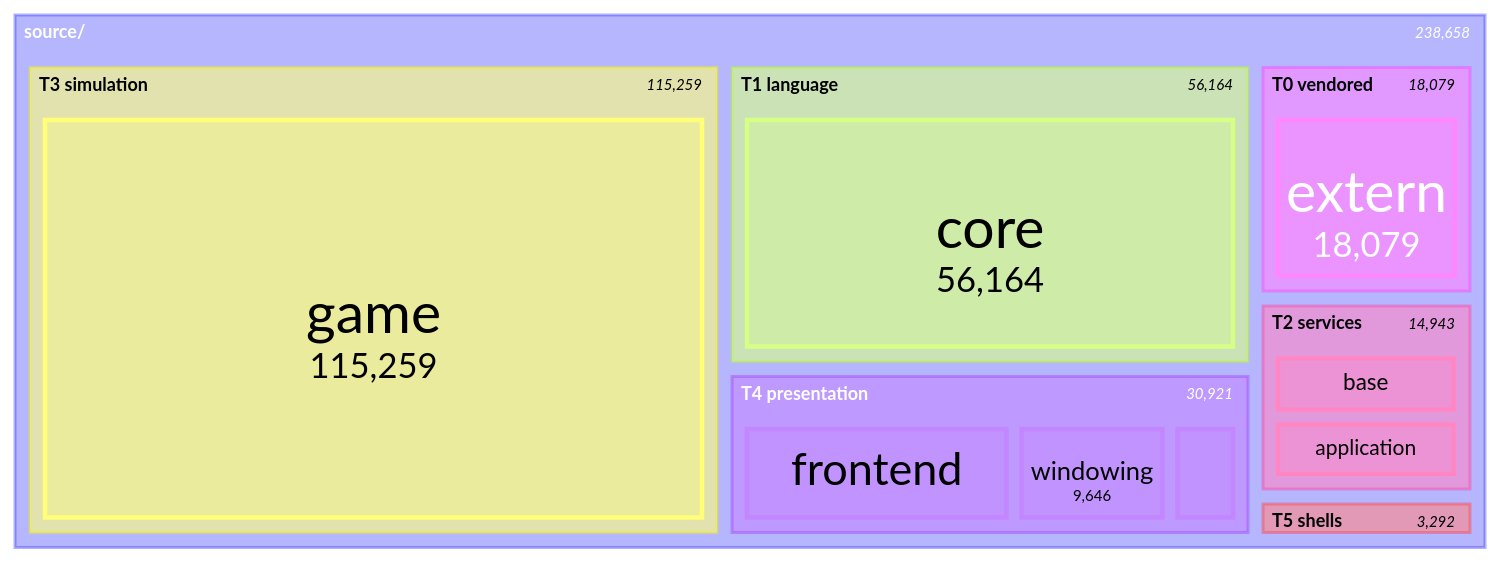
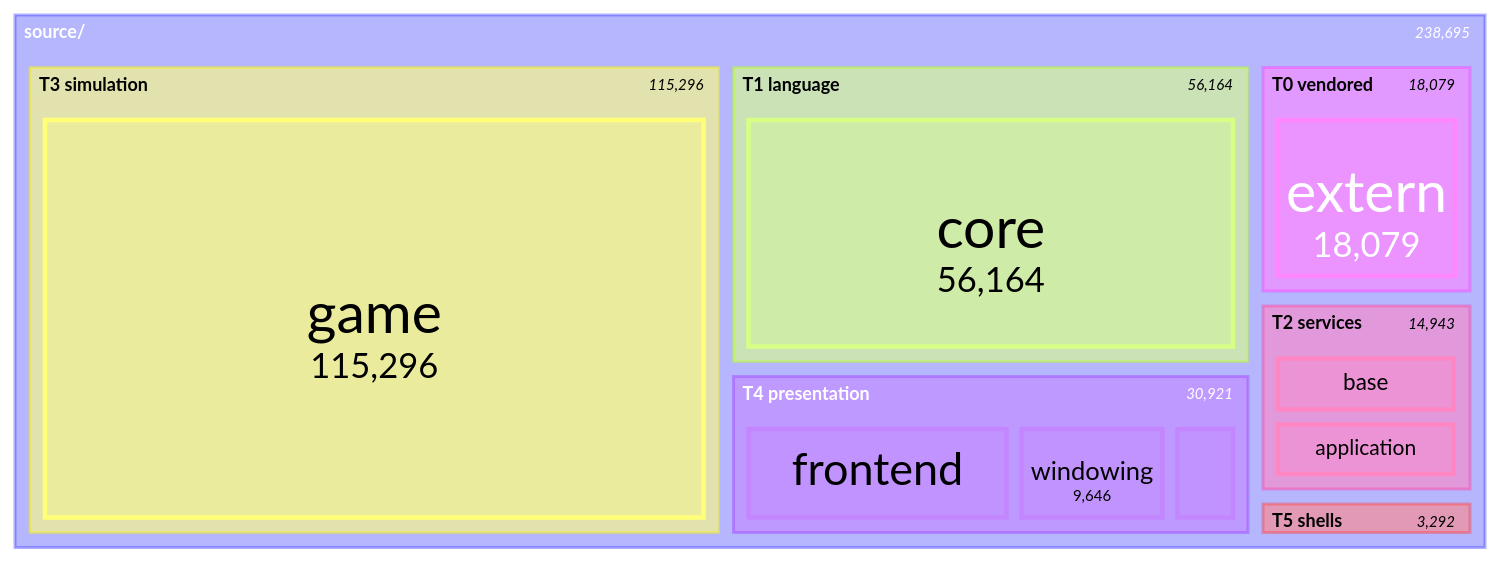
Before and after one commit to apnex/OpenStarbound: the seventh of 11 diagrams in docs/architecture/system-boundaries.md, drawn with Mermaid. The commit also changed other lines of this file and 1 other file, not shown here.

````diff
--- a/docs/architecture/system-boundaries.md
+++ b/docs/architecture/system-boundaries.md
@@ -577,21 +577,21 @@
 ```mermaid
 treemap-beta
 "source/"
     "T0 vendored"
         "extern": 18079
     "T1 language"
         "core": 56164
     "T2 services"
         "base": 7411
         "application": 7390
         "platform": 142
     "T3 simulation"
-        "game": 115259
+        "game": 115296
     "T4 presentation"
         "frontend": 16861
         "windowing": 9646
         "rendering": 4414
     "T5 shells"
         "client": 2509
         "server": 783
 ```
````
